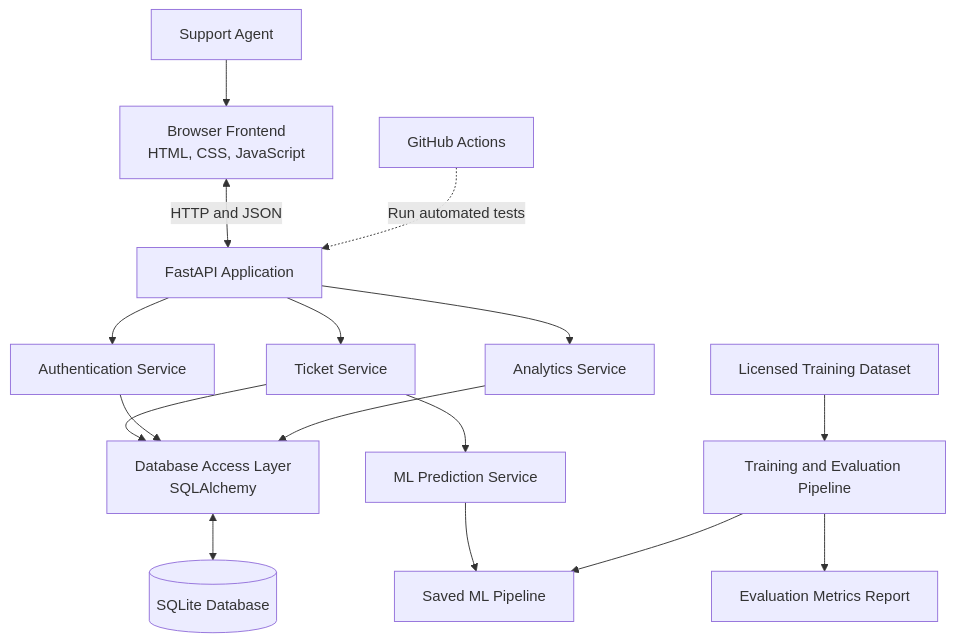
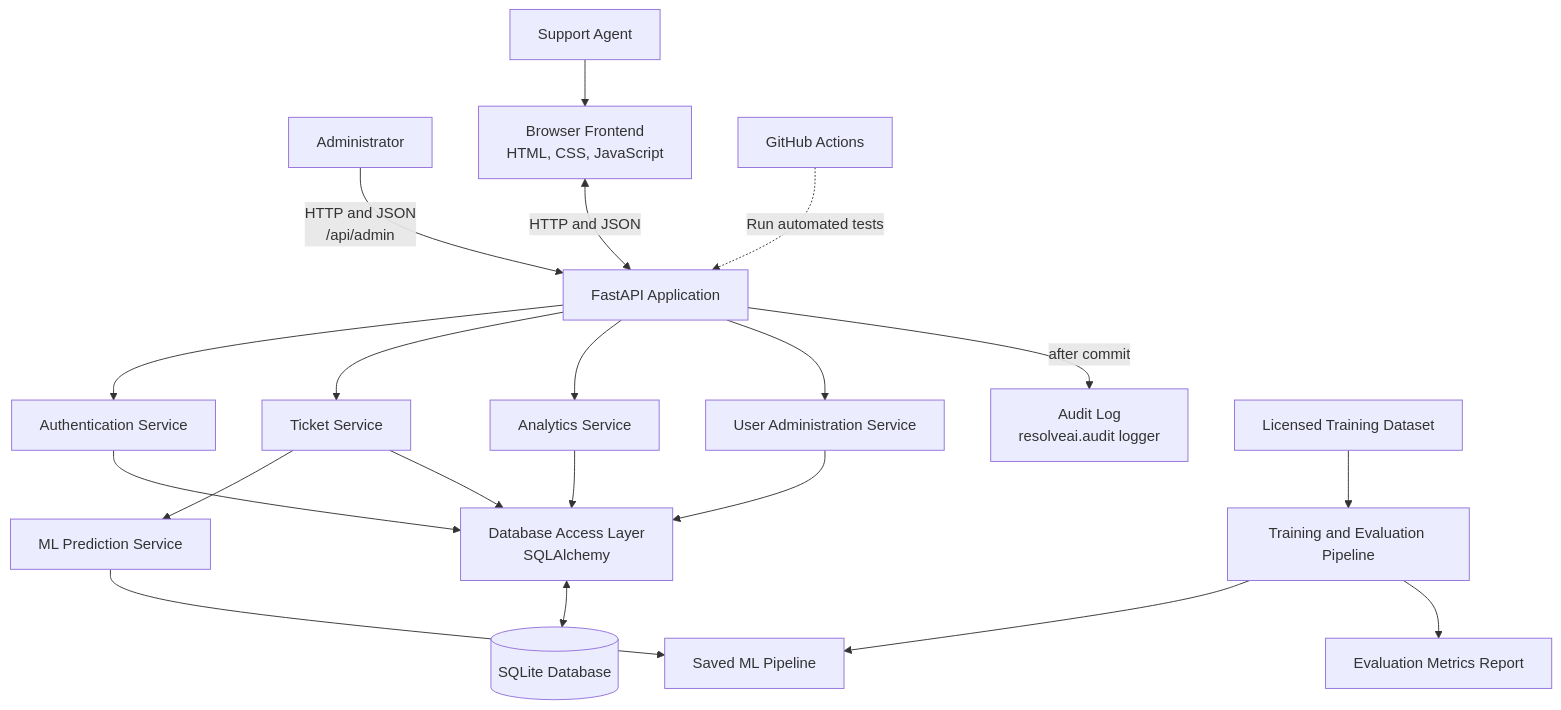
The diagram in docs/architecture.md (Harshpatil3640/resolveai-support-ticket-system), drawn with Mermaid before and after one commit. The commit also changed other lines of this file and 9 other files, not shown here.

Commit message:
feat: add admin user management API and audit logging

````diff
--- a/docs/architecture.md
+++ b/docs/architecture.md
@@ -17,33 +17,40 @@
 ```mermaid
 flowchart TD
     USER["Support Agent"]
+    ADMINUSER["Administrator"]
     FRONTEND["Browser Frontend<br/>HTML, CSS, JavaScript"]
     API["FastAPI Application"]
     AUTH["Authentication Service"]
     TICKETS["Ticket Service"]
     ANALYTICS["Analytics Service"]
+    USERADMIN["User Administration Service"]
+    AUDIT["Audit Log<br/>resolveai.audit logger"]
     PREDICT["ML Prediction Service"]
     DATAACCESS["Database Access Layer<br/>SQLAlchemy"]
     DB[("SQLite Database")]
     DATA["Licensed Training Dataset"]
     TRAIN["Training and Evaluation Pipeline"]
     MODEL["Saved ML Pipeline"]
     METRICS["Evaluation Metrics Report"]
     GITHUB["GitHub Actions"]
 
     USER --> FRONTEND
     FRONTEND <-->|"HTTP and JSON"| API
+    ADMINUSER -->|"HTTP and JSON<br/>/api/admin"| API
     API --> AUTH
     API --> TICKETS
     API --> ANALYTICS
+    API --> USERADMIN
+    API -->|"after commit"| AUDIT
     TICKETS --> PREDICT
     TICKETS --> DATAACCESS
     AUTH --> DATAACCESS
     ANALYTICS --> DATAACCESS
+    USERADMIN --> DATAACCESS
     DATAACCESS <--> DB
     PREDICT --> MODEL
     DATA --> TRAIN
     TRAIN --> MODEL
     TRAIN --> METRICS
     GITHUB -.->|"Run automated tests"| API
 ```
````
